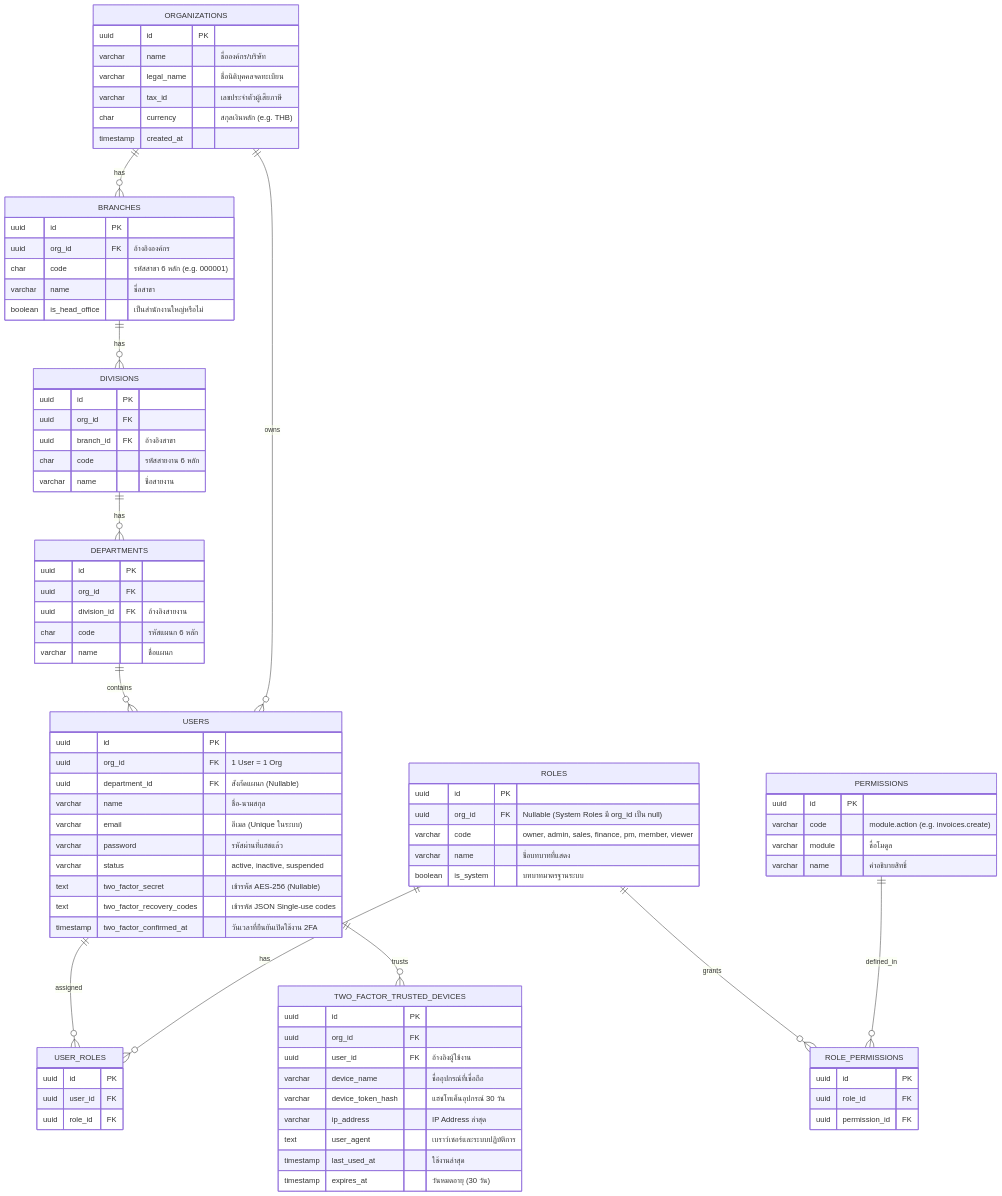
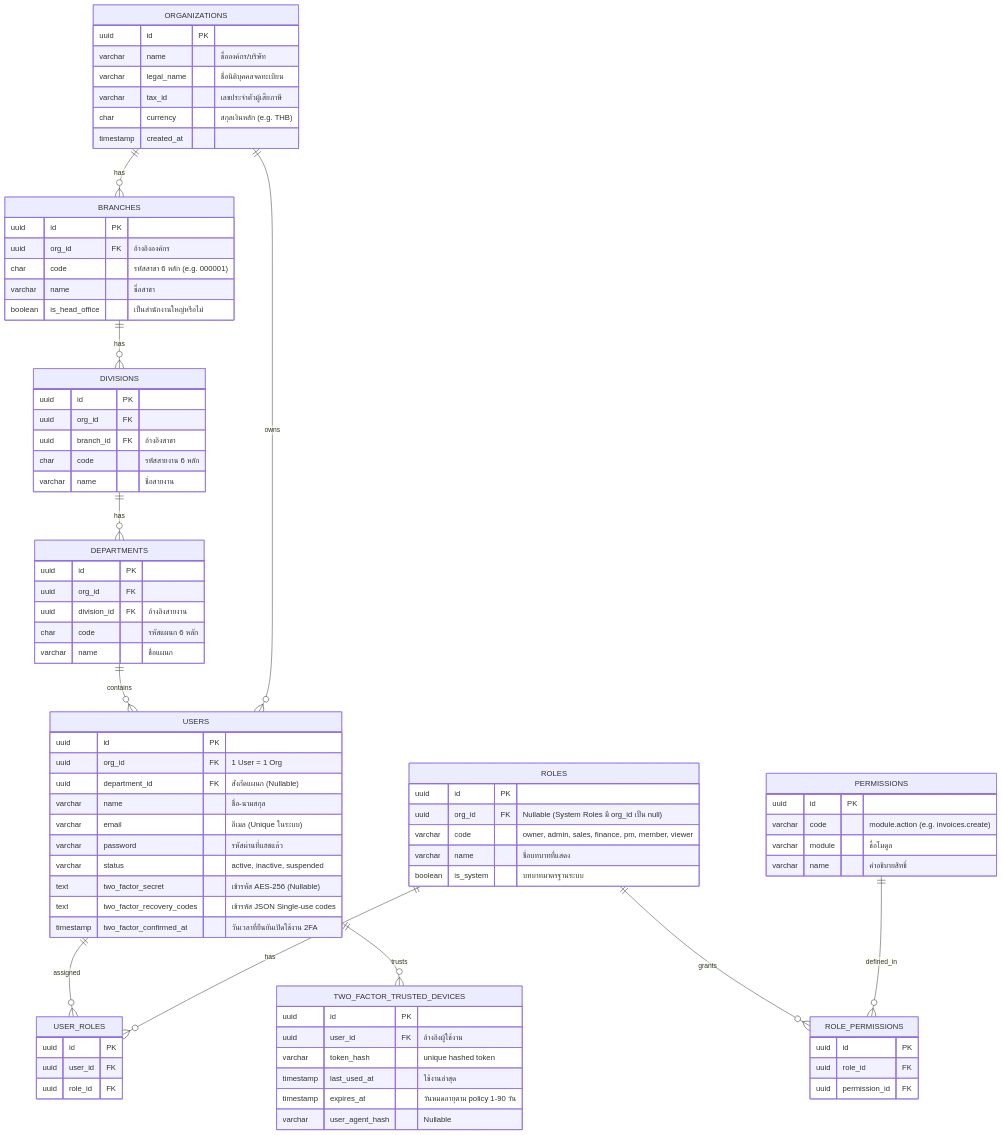
Before and after one commit to anuwatm/ERP: the second of 13 diagrams in document/DATABASE_ERD.md, drawn with Mermaid. The commit also changed other lines of this file and 68 other files, not shown here.

```diff
--- a/document/DATABASE_ERD.md
+++ b/document/DATABASE_ERD.md
@@ -136,14 +136,11 @@
 
     TWO_FACTOR_TRUSTED_DEVICES {
         uuid id PK
-        uuid org_id FK
         uuid user_id FK "อ้างอิงผู้ใช้งาน"
-        varchar device_name "ชื่ออุปกรณ์ที่เชื่อถือ"
-        varchar device_token_hash "แฮชโทเค็นอุปกรณ์ 30 วัน"
-        varchar ip_address "IP Address ล่าสุด"
-        text user_agent "เบราว์เซอร์และระบบปฏิบัติการ"
+        varchar token_hash "unique hashed token"
         timestamp last_used_at "ใช้งานล่าสุด"
-        timestamp expires_at "วันหมดอายุ (30 วัน)"
+        timestamp expires_at "วันหมดอายุตาม policy 1-90 วัน"
+        varchar user_agent_hash "Nullable"
     }
 
     ROLES {
```
